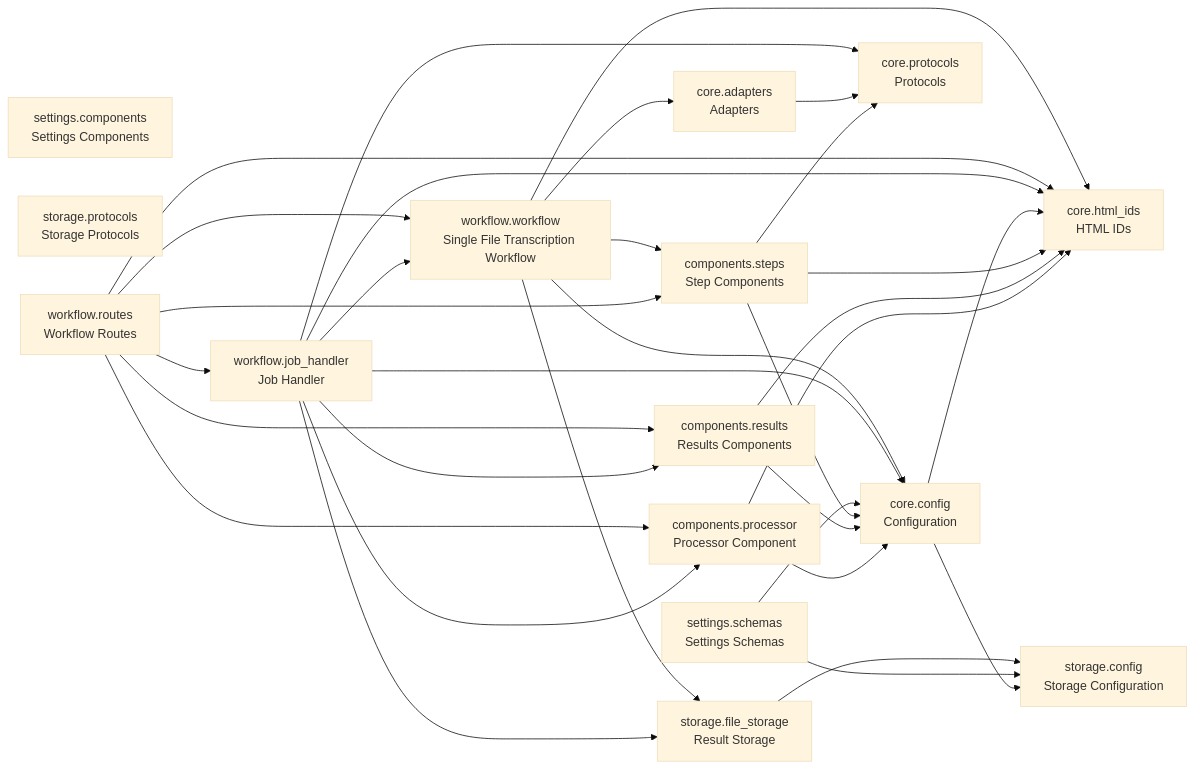
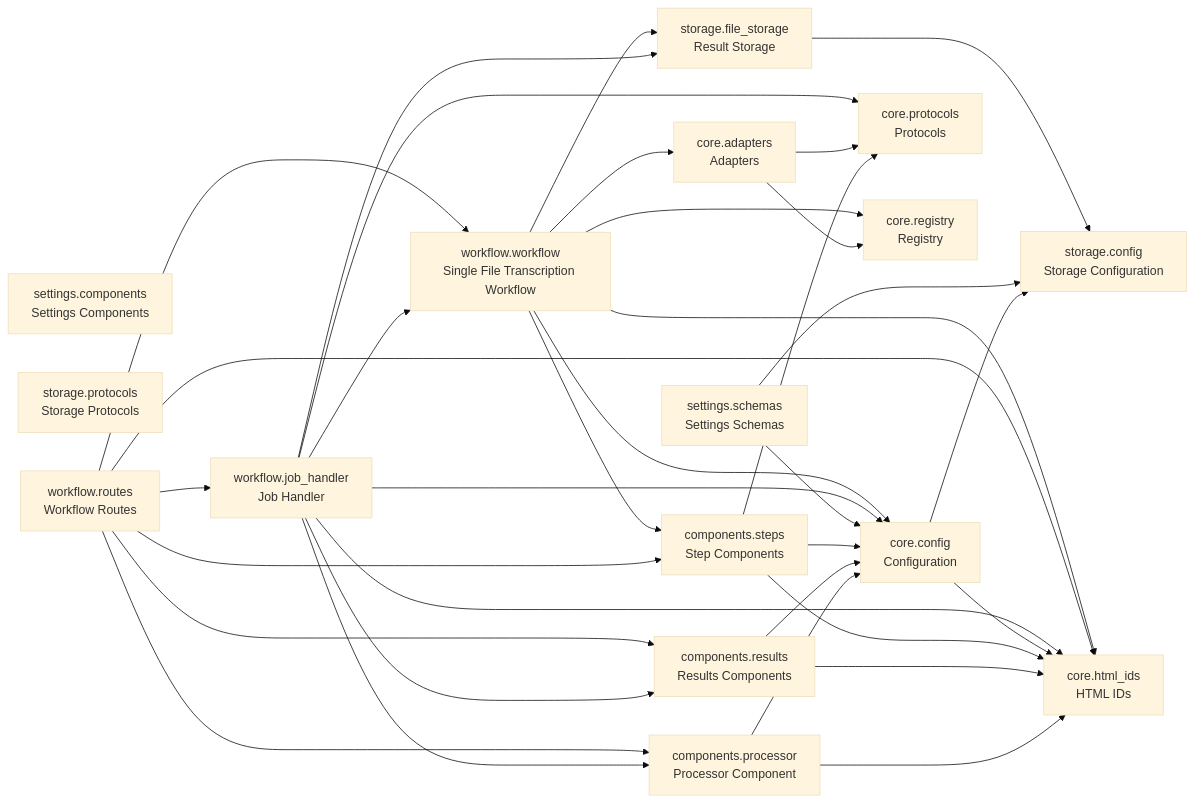
One commit to cj-mills/cjm-fasthtml-workflow-transcription-single-file changed the diagram in README.md. Above: the diagram before and after it, drawn with Mermaid (base theme). The commit also changed other lines of this file and 9 other files, not shown here.

````diff
--- a/README.md
+++ b/README.md
@@ -40,50 +41,53 @@
 ``` mermaid
 graph LR
     components_processor[components.processor<br/>Processor Component]
     components_results[components.results<br/>Results Components]
     components_steps[components.steps<br/>Step Components]
     core_adapters[core.adapters<br/>Adapters]
     core_config[core.config<br/>Configuration]
     core_html_ids[core.html_ids<br/>HTML IDs]
     core_protocols[core.protocols<br/>Protocols]
+    core_registry[core.registry<br/>Registry]
     settings_components[settings.components<br/>Settings Components]
     settings_schemas[settings.schemas<br/>Settings Schemas]
     storage_config[storage.config<br/>Storage Configuration]
     storage_file_storage[storage.file_storage<br/>Result Storage]
     storage_protocols[storage.protocols<br/>Storage Protocols]
     workflow_job_handler[workflow.job_handler<br/>Job Handler]
     workflow_routes[workflow.routes<br/>Workflow Routes]
     workflow_workflow[workflow.workflow<br/>Single File Transcription Workflow]
 
+    components_processor --> core_config
     components_processor --> core_html_ids
-    components_processor --> core_config
+    components_results --> core_config
     components_results --> core_html_ids
-    components_results --> core_config
+    components_steps --> core_config
+    components_steps --> core_protocols
     components_steps --> core_html_ids
-    components_steps --> core_protocols
-    components_steps --> core_config
     core_adapters --> core_protocols
+    core_adapters --> core_registry
+    core_config --> storage_config
     core_config --> core_html_ids
-    core_config --> storage_config
     settings_schemas --> storage_config
     settings_schemas --> core_config
     storage_file_storage --> storage_config
+    workflow_job_handler --> core_config
+    workflow_job_handler --> workflow_workflow
+    workflow_job_handler --> components_results
+    workflow_job_handler --> components_processor
+    workflow_job_handler --> core_protocols
     workflow_job_handler --> core_html_ids
-    workflow_job_handler --> components_results
-    workflow_job_handler --> core_protocols
-    workflow_job_handler --> workflow_workflow
-    workflow_job_handler --> components_processor
-    workflow_job_handler --> core_config
     workflow_job_handler --> storage_file_storage
+    workflow_routes --> workflow_workflow
+    workflow_routes --> components_results
+    workflow_routes --> components_processor
+    workflow_routes --> components_steps
+    workflow_routes --> workflow_job_handler
     workflow_routes --> core_html_ids
-    workflow_routes --> components_results
-    workflow_routes --> workflow_workflow
-    workflow_routes --> components_processor
-    workflow_routes --> workflow_job_handler
-    workflow_routes --> components_steps
+    workflow_workflow --> storage_file_storage
+    workflow_workflow --> components_steps
+    workflow_workflow --> core_config
+    workflow_workflow --> core_adapters
+    workflow_workflow --> core_registry
     workflow_workflow --> core_html_ids
-    workflow_workflow --> core_adapters
-    workflow_workflow --> components_steps
-    workflow_workflow --> storage_file_storage
-    workflow_workflow --> core_config
 ```
````
